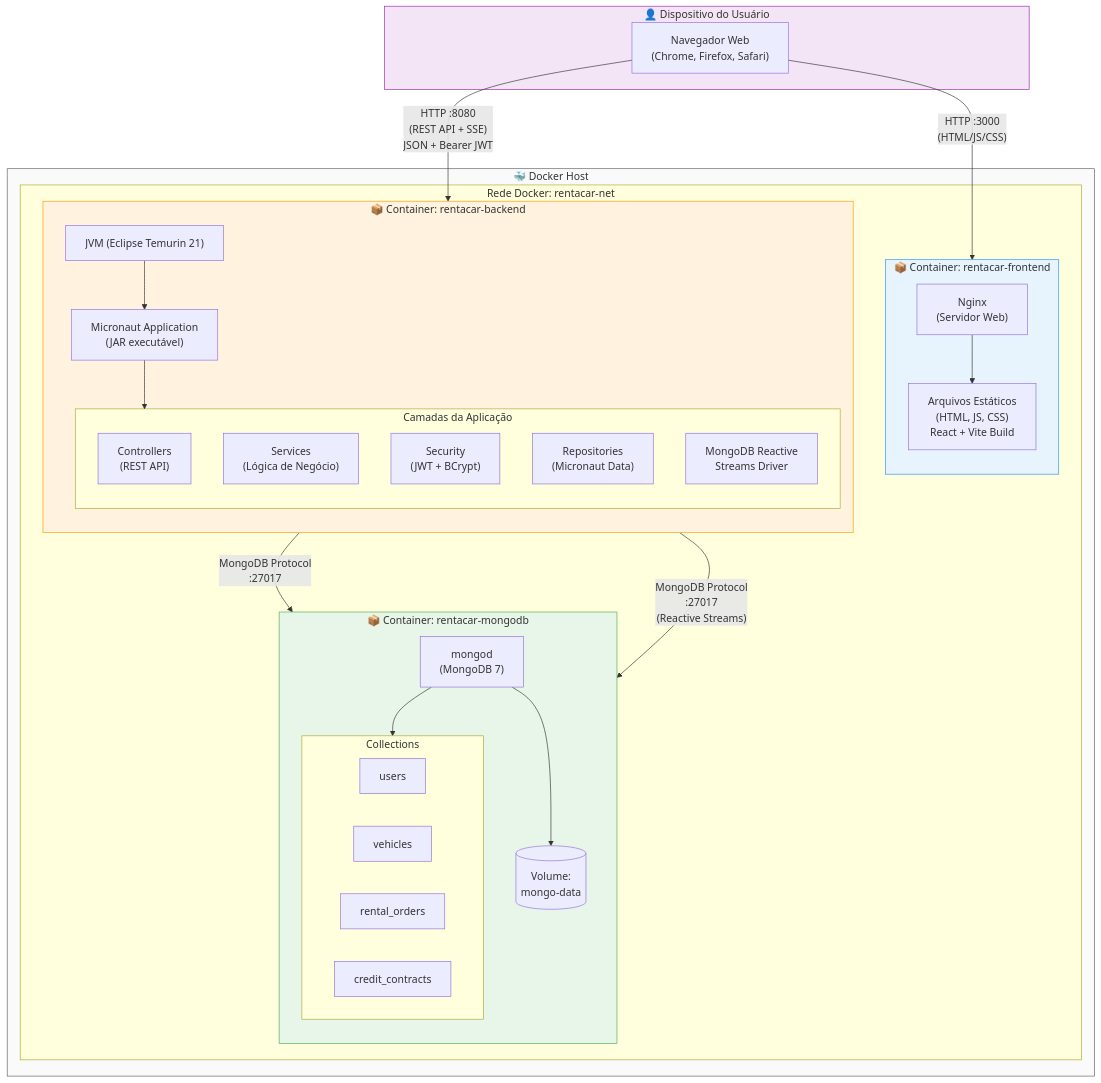
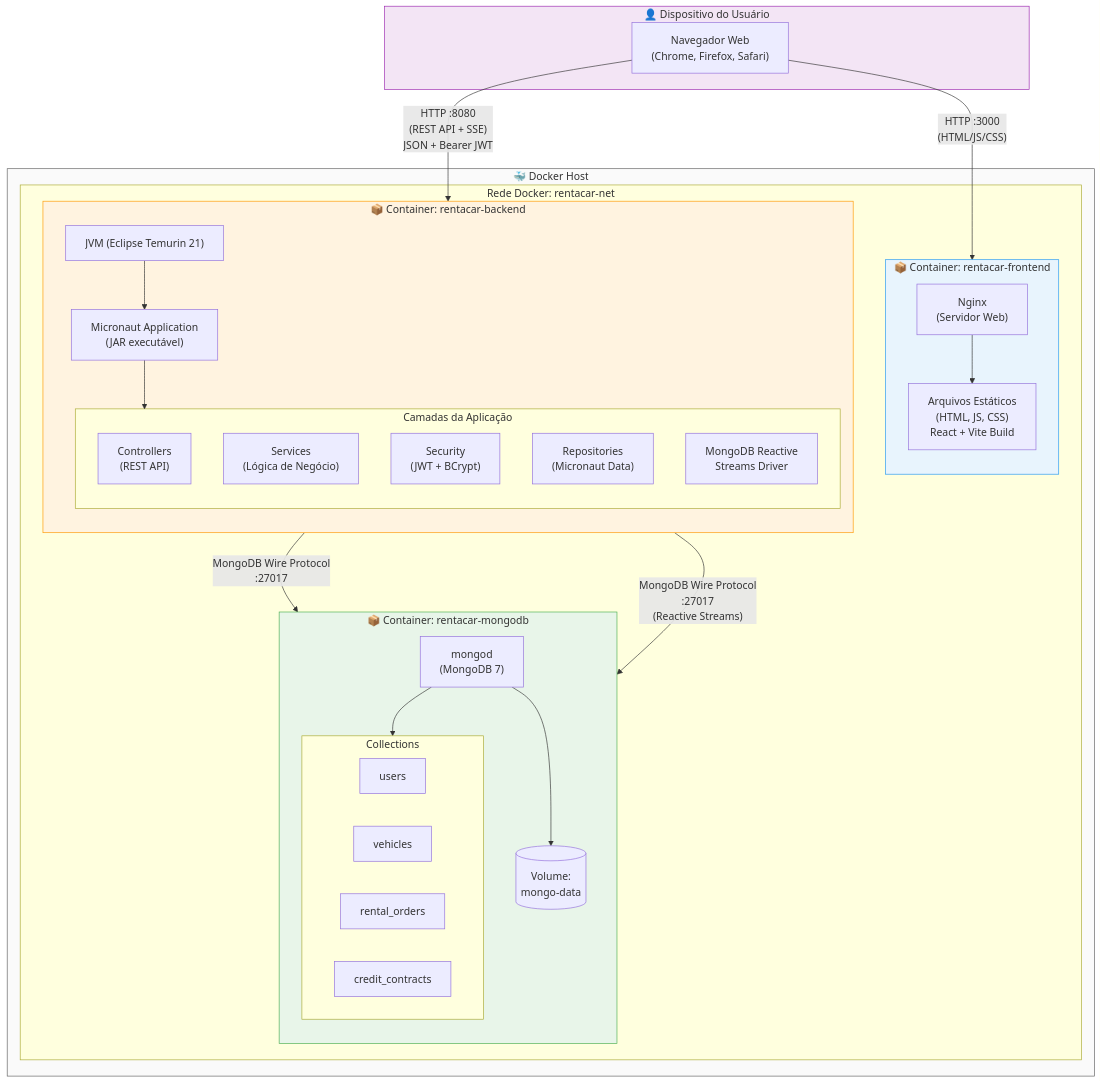
Before and after one commit to PedroCarbonaroPuc/Laboratorio-Desenvolvimento-Software: the first of 2 diagrams in LAB02/docs/modelagem/diagrama-implantacao.md, drawn with Mermaid. The commit also changed other lines of this file and 33 other files, not shown here.

````diff
--- a/LAB02/docs/modelagem/diagrama-implantacao.md
+++ b/LAB02/docs/modelagem/diagrama-implantacao.md
@@ -11,59 +11,59 @@
 ```mermaid
 graph TB
     subgraph UserDevice["👤 Dispositivo do Usuário"]
         Browser["Navegador Web\n(Chrome, Firefox, Safari)"]
     end
 
     subgraph DockerHost["🐳 Docker Host"]
         subgraph DockerNetwork["Rede Docker: rentacar-net"]
 
             subgraph FrontendContainer["📦 Container: rentacar-frontend"]
                 direction TB
                 Nginx["Nginx\n(Servidor Web)"]
                 StaticFiles["Arquivos Estáticos\n(HTML, JS, CSS)\nReact + Vite Build"]
                 Nginx --> StaticFiles
             end
 
             subgraph BackendContainer["📦 Container: rentacar-backend"]
                 direction TB
                 JVM["JVM (Eclipse Temurin 21)"]
                 MicronautApp["Micronaut Application\n(JAR executável)"]
                 subgraph AppLayers["Camadas da Aplicação"]
                     ControllersNode["Controllers\n(REST API)"]
                     ServicesNode["Services\n(Lógica de Negócio)"]
                     SecurityNode["Security\n(JWT + BCrypt)"]
                     ReposNode["Repositories\n(Micronaut Data)"]
                     ReactiveDriver["MongoDB Reactive\nStreams Driver"]
                 end
                 JVM --> MicronautApp
                 MicronautApp --> AppLayers
             end
 
             subgraph MongoContainer["📦 Container: rentacar-mongodb"]
                 direction TB
                 MongoProcess["mongod\n(MongoDB 7)"]
                 subgraph Collections["Collections"]
                     UsersCol["users"]
                     VehiclesCol["vehicles"]
                     OrdersCol["rental_orders"]
                     ContractsCol["credit_contracts"]
                 end
                 MongoVolume[("Volume:\nmongo-data")]
                 MongoProcess --> Collections
                 MongoProcess --> MongoVolume
             end
 
         end
     end
 
     Browser -->|"HTTP :3000\n(HTML/JS/CSS)"| Nginx
     Browser -->|"HTTP :8080\n(REST API + SSE)\nJSON + Bearer JWT"| MicronautApp
-    ReposNode -->|"MongoDB Protocol\n:27017"| MongoProcess
-    ReactiveDriver -->|"MongoDB Protocol\n:27017\n(Reactive Streams)"| MongoProcess
+    ReposNode -->|"MongoDB Wire Protocol\n:27017"| MongoProcess
+    ReactiveDriver -->|"MongoDB Wire Protocol\n:27017\n(Reactive Streams)"| MongoProcess
 
     style UserDevice fill:#f3e5f5,stroke:#9C27B0
     style DockerHost fill:#fafafa,stroke:#616161
     style FrontendContainer fill:#e8f4fd,stroke:#2196F3
     style BackendContainer fill:#fff3e0,stroke:#FF9800
     style MongoContainer fill:#e8f5e9,stroke:#4CAF50
 ```
````
